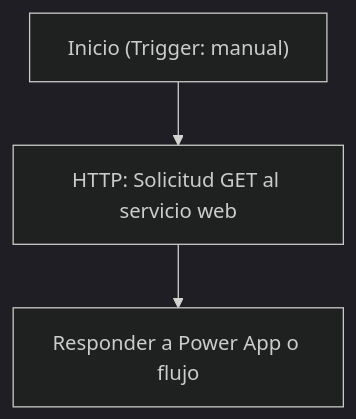
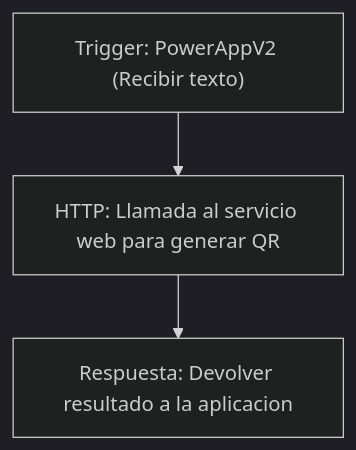
One commit to DeltaSoul/bizz-summit-2026-alm-ai-demo changed the diagram in src/solutions/QRCodeGenerator/TECHNICAL_SPEC.md. Above: the diagram before and after it, drawn with Mermaid (dark theme). The commit also changed other lines of this file and 3 other files, not shown here.

````diff
--- a/src/solutions/QRCodeGenerator/TECHNICAL_SPEC.md
+++ b/src/solutions/QRCodeGenerator/TECHNICAL_SPEC.md
@@ -37,5 +28,5 @@
 ```mermaid
 flowchart TD
-    A["Inicio (Trigger: manual)"] --> B["HTTP: Solicitud GET al servicio web"]
-    B --> C["Responder a Power App o flujo"]
+    A["Trigger: PowerAppV2 (Recibir texto)"] --> B["HTTP: Llamada al servicio web para generar QR"]
+    B --> C["Respuesta: Devolver resultado a la aplicacion"]
 ```
````
